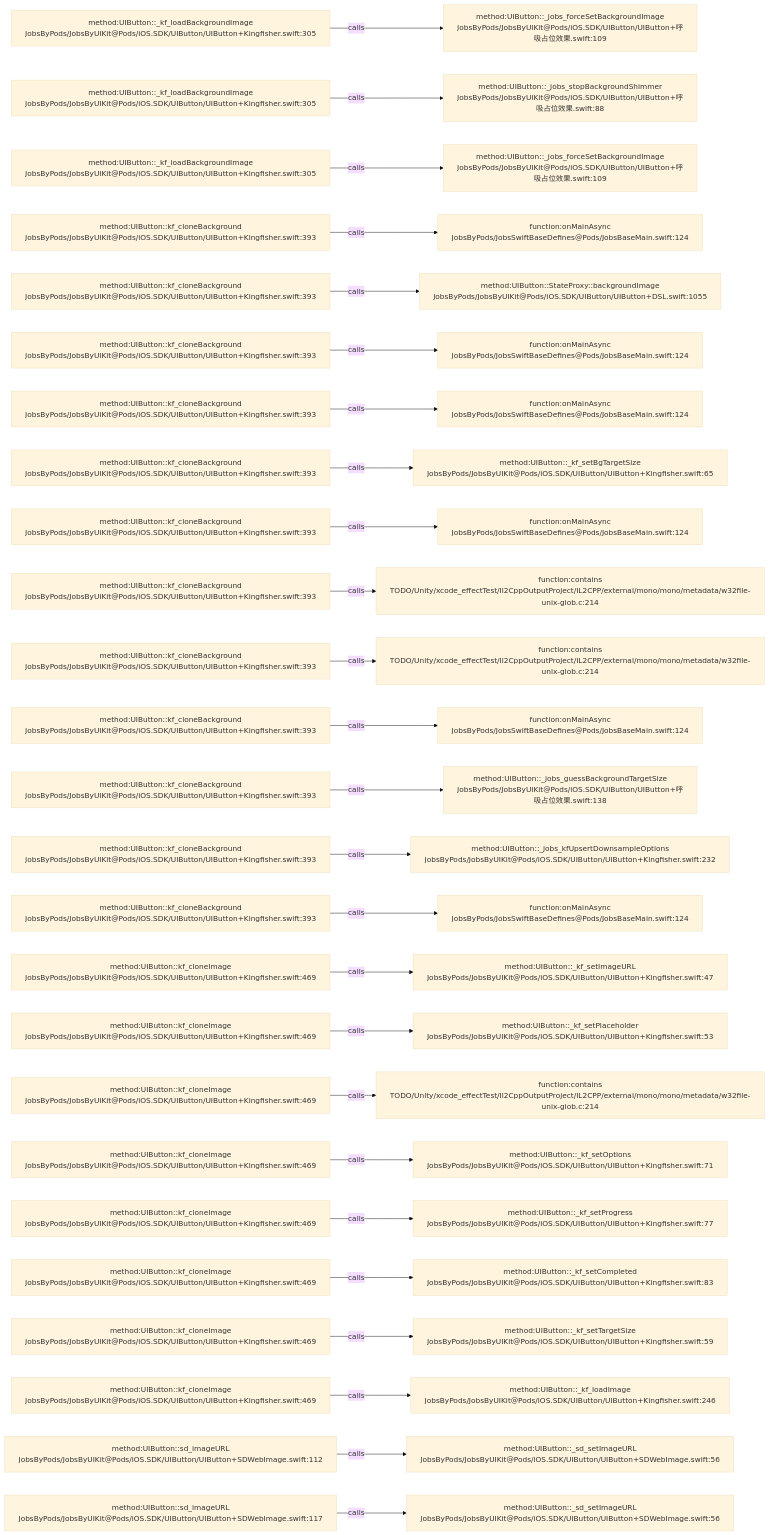
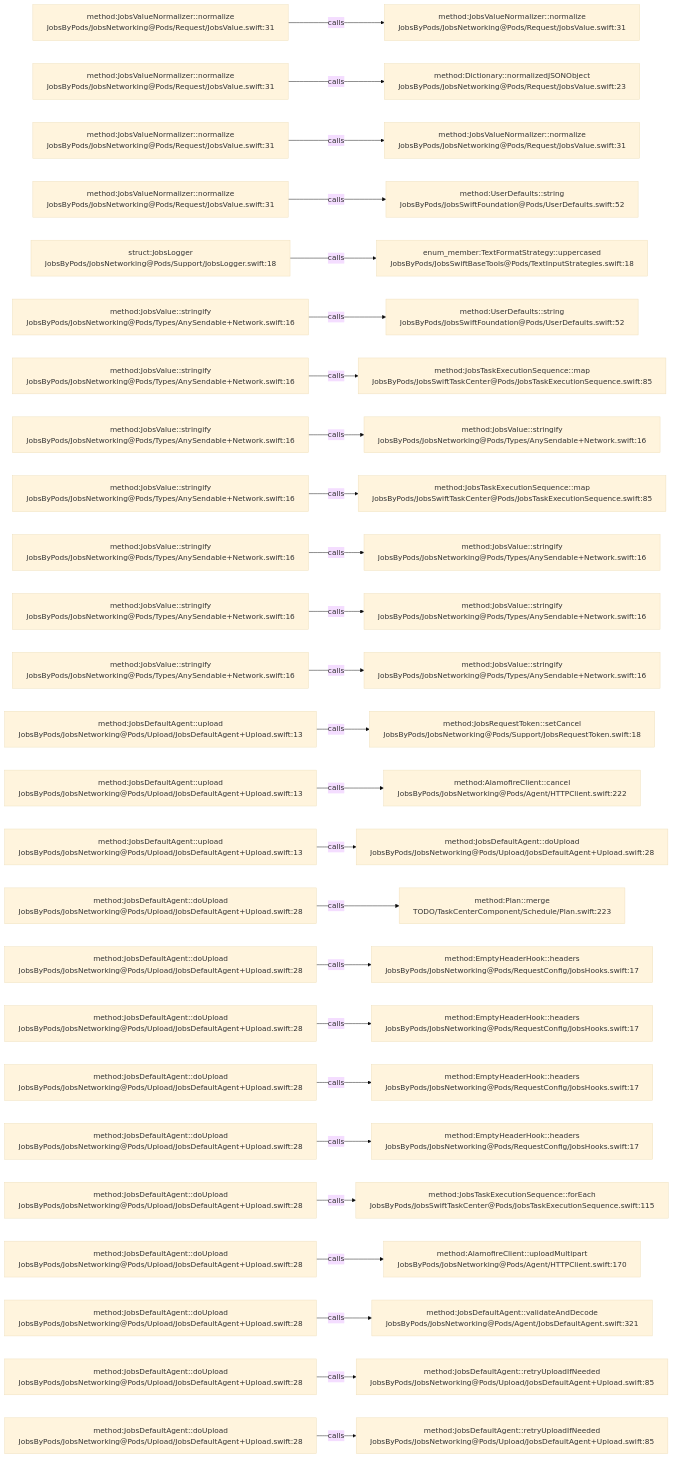
The diagram in .codegraph/codegraph.md/graphs/calls-041.md (JobsKits/JobsSwiftBaseConfigDemo), drawn with Mermaid (base theme) before and after one commit. The commit also changed 569 other files, not shown here.

````diff
--- a/.codegraph/codegraph.md/graphs/calls-041.md
+++ b/.codegraph/codegraph.md/graphs/calls-041.md
@@ -13,78 +13,78 @@
 ```mermaid
 flowchart LR
-  S1["method:UIButton::_kf_loadBackgroundImage<br/>JobsByPods/JobsByUIKit@Pods/iOS.SDK/UIButton/UIButton+Kingfisher.swift:305"]
-  T1["method:UIButton::_jobs_forceSetBackgroundImage<br/>JobsByPods/JobsByUIKit@Pods/iOS.SDK/UIButton/UIButton+呼吸占位效果.swift:109"]
+  S1["method:JobsValueNormalizer::normalize<br/>JobsByPods/JobsNetworking@Pods/Request/JobsValue.swift:31"]
+  T1["method:JobsValueNormalizer::normalize<br/>JobsByPods/JobsNetworking@Pods/Request/JobsValue.swift:31"]
   S1 -->|calls| T1
-  S2["method:UIButton::_kf_loadBackgroundImage<br/>JobsByPods/JobsByUIKit@Pods/iOS.SDK/UIButton/UIButton+Kingfisher.swift:305"]
-  T2["method:UIButton::_jobs_stopBackgroundShimmer<br/>JobsByPods/JobsByUIKit@Pods/iOS.SDK/UIButton/UIButton+呼吸占位效果.swift:88"]
+  S2["method:JobsValueNormalizer::normalize<br/>JobsByPods/JobsNetworking@Pods/Request/JobsValue.swift:31"]
+  T2["method:Dictionary::normalizedJSONObject<br/>JobsByPods/JobsNetworking@Pods/Request/JobsValue.swift:23"]
   S2 -->|calls| T2
-  S3["method:UIButton::_kf_loadBackgroundImage<br/>JobsByPods/JobsByUIKit@Pods/iOS.SDK/UIButton/UIButton+Kingfisher.swift:305"]
-  T3["method:UIButton::_jobs_forceSetBackgroundImage<br/>JobsByPods/JobsByUIKit@Pods/iOS.SDK/UIButton/UIButton+呼吸占位效果.swift:109"]
+  S3["method:JobsValueNormalizer::normalize<br/>JobsByPods/JobsNetworking@Pods/Request/JobsValue.swift:31"]
+  T3["method:JobsValueNormalizer::normalize<br/>JobsByPods/JobsNetworking@Pods/Request/JobsValue.swift:31"]
   S3 -->|calls| T3
-  S4["method:UIButton::kf_cloneBackground<br/>JobsByPods/JobsByUIKit@Pods/iOS.SDK/UIButton/UIButton+Kingfisher.swift:393"]
-  T4["function:onMainAsync<br/>JobsByPods/JobsSwiftBaseDefines@Pods/JobsBaseMain.swift:124"]
+  S4["method:JobsValueNormalizer::normalize<br/>JobsByPods/JobsNetworking@Pods/Request/JobsValue.swift:31"]
+  T4["method:UserDefaults::string<br/>JobsByPods/JobsSwiftFoundation@Pods/UserDefaults.swift:52"]
   S4 -->|calls| T4
-  S5["method:UIButton::kf_cloneBackground<br/>JobsByPods/JobsByUIKit@Pods/iOS.SDK/UIButton/UIButton+Kingfisher.swift:393"]
-  T5["method:UIButton::StateProxy::backgroundImage<br/>JobsByPods/JobsByUIKit@Pods/iOS.SDK/UIButton/UIButton+DSL.swift:1055"]
+  S5["struct:JobsLogger<br/>JobsByPods/JobsNetworking@Pods/Support/JobsLogger.swift:18"]
+  T5["enum_member:TextFormatStrategy::uppercased<br/>JobsByPods/JobsSwiftBaseTools@Pods/TextInputStrategies.swift:18"]
   S5 -->|calls| T5
-  S6["method:UIButton::kf_cloneBackground<br/>JobsByPods/JobsByUIKit@Pods/iOS.SDK/UIButton/UIButton+Kingfisher.swift:393"]
-  T6["function:onMainAsync<br/>JobsByPods/JobsSwiftBaseDefines@Pods/JobsBaseMain.swift:124"]
+  S6["method:JobsValue::stringify<br/>JobsByPods/JobsNetworking@Pods/Types/AnySendable+Network.swift:16"]
+  T6["method:UserDefaults::string<br/>JobsByPods/JobsSwiftFoundation@Pods/UserDefaults.swift:52"]
   S6 -->|calls| T6
-  S7["method:UIButton::kf_cloneBackground<br/>JobsByPods/JobsByUIKit@Pods/iOS.SDK/UIButton/UIButton+Kingfisher.swift:393"]
-  T7["function:onMainAsync<br/>JobsByPods/JobsSwiftBaseDefines@Pods/JobsBaseMain.swift:124"]
+  S7["method:JobsValue::stringify<br/>JobsByPods/JobsNetworking@Pods/Types/AnySendable+Network.swift:16"]
+  T7["method:JobsTaskExecutionSequence::map<br/>JobsByPods/JobsSwiftTaskCenter@Pods/JobsTaskExecutionSequence.swift:85"]
   S7 -->|calls| T7
-  S8["method:UIButton::kf_cloneBackground<br/>JobsByPods/JobsByUIKit@Pods/iOS.SDK/UIButton/UIButton+Kingfisher.swift:393"]
-  T8["method:UIButton::_kf_setBgTargetSize<br/>JobsByPods/JobsByUIKit@Pods/iOS.SDK/UIButton/UIButton+Kingfisher.swift:65"]
+  S8["method:JobsValue::stringify<br/>JobsByPods/JobsNetworking@Pods/Types/AnySendable+Network.swift:16"]
+  T8["method:JobsValue::stringify<br/>JobsByPods/JobsNetworking@Pods/Types/AnySendable+Network.swift:16"]
   S8 -->|calls| T8
-  S9["method:UIButton::kf_cloneBackground<br/>JobsByPods/JobsByUIKit@Pods/iOS.SDK/UIButton/UIButton+Kingfisher.swift:393"]
-  T9["function:onMainAsync<br/>JobsByPods/JobsSwiftBaseDefines@Pods/JobsBaseMain.swift:124"]
+  S9["method:JobsValue::stringify<br/>JobsByPods/JobsNetworking@Pods/Types/AnySendable+Network.swift:16"]
+  T9["method:JobsTaskExecutionSequence::map<br/>JobsByPods/JobsSwiftTaskCenter@Pods/JobsTaskExecutionSequence.swift:85"]
   S9 -->|calls| T9
-  S10["method:UIButton::kf_cloneBackground<br/>JobsByPods/JobsByUIKit@Pods/iOS.SDK/UIButton/UIButton+Kingfisher.swift:393"]
-  T10["function:contains<br/>TODO/Unity/xcode_effectTest/Il2CppOutputProject/IL2CPP/external/mono/mono/metadata/w32file-unix-glob.c:214"]
+  S10["method:JobsValue::stringify<br/>JobsByPods/JobsNetworking@Pods/Types/AnySendable+Network.swift:16"]
+  T10["method:JobsValue::stringify<br/>JobsByPods/JobsNetworking@Pods/Types/AnySendable+Network.swift:16"]
   S10 -->|calls| T10
-  S11["method:UIButton::kf_cloneBackground<br/>JobsByPods/JobsByUIKit@Pods/iOS.SDK/UIButton/UIButton+Kingfisher.swift:393"]
-  T11["function:contains<br/>TODO/Unity/xcode_effectTest/Il2CppOutputProject/IL2CPP/external/mono/mono/metadata/w32file-unix-glob.c:214"]
+  S11["method:JobsValue::stringify<br/>JobsByPods/JobsNetworking@Pods/Types/AnySendable+Network.swift:16"]
+  T11["method:JobsValue::stringify<br/>JobsByPods/JobsNetworking@Pods/Types/AnySendable+Network.swift:16"]
   S11 -->|calls| T11
-  S12["method:UIButton::kf_cloneBackground<br/>JobsByPods/JobsByUIKit@Pods/iOS.SDK/UIButton/UIButton+Kingfisher.swift:393"]
-  T12["function:onMainAsync<br/>JobsByPods/JobsSwiftBaseDefines@Pods/JobsBaseMain.swift:124"]
+  S12["method:JobsValue::stringify<br/>JobsByPods/JobsNetworking@Pods/Types/AnySendable+Network.swift:16"]
+  T12["method:JobsValue::stringify<br/>JobsByPods/JobsNetworking@Pods/Types/AnySendable+Network.swift:16"]
   S12 -->|calls| T12
-  S13["method:UIButton::kf_cloneBackground<br/>JobsByPods/JobsByUIKit@Pods/iOS.SDK/UIButton/UIButton+Kingfisher.swift:393"]
-  T13["method:UIButton::_jobs_guessBackgroundTargetSize<br/>JobsByPods/JobsByUIKit@Pods/iOS.SDK/UIButton/UIButton+呼吸占位效果.swift:138"]
+  S13["method:JobsDefaultAgent::upload<br/>JobsByPods/JobsNetworking@Pods/Upload/JobsDefaultAgent+Upload.swift:13"]
+  T13["method:JobsRequestToken::setCancel<br/>JobsByPods/JobsNetworking@Pods/Support/JobsRequestToken.swift:18"]
   S13 -->|calls| T13
-  S14["method:UIButton::kf_cloneBackground<br/>JobsByPods/JobsByUIKit@Pods/iOS.SDK/UIButton/UIButton+Kingfisher.swift:393"]
-  T14["method:UIButton::_jobs_kfUpsertDownsampleOptions<br/>JobsByPods/JobsByUIKit@Pods/iOS.SDK/UIButton/UIButton+Kingfisher.swift:232"]
+  S14["method:JobsDefaultAgent::upload<br/>JobsByPods/JobsNetworking@Pods/Upload/JobsDefaultAgent+Upload.swift:13"]
+  T14["method:AlamofireClient::cancel<br/>JobsByPods/JobsNetworking@Pods/Agent/HTTPClient.swift:222"]
   S14 -->|calls| T14
-  S15["method:UIButton::kf_cloneBackground<br/>JobsByPods/JobsByUIKit@Pods/iOS.SDK/UIButton/UIButton+Kingfisher.swift:393"]
-  T15["function:onMainAsync<br/>JobsByPods/JobsSwiftBaseDefines@Pods/JobsBaseMain.swift:124"]
+  S15["method:JobsDefaultAgent::upload<br/>JobsByPods/JobsNetworking@Pods/Upload/JobsDefaultAgent+Upload.swift:13"]
+  T15["method:JobsDefaultAgent::doUpload<br/>JobsByPods/JobsNetworking@Pods/Upload/JobsDefaultAgent+Upload.swift:28"]
   S15 -->|calls| T15
-  S16["method:UIButton::kf_cloneImage<br/>JobsByPods/JobsByUIKit@Pods/iOS.SDK/UIButton/UIButton+Kingfisher.swift:469"]
-  T16["method:UIButton::_kf_setImageURL<br/>JobsByPods/JobsByUIKit@Pods/iOS.SDK/UIButton/UIButton+Kingfisher.swift:47"]
+  S16["method:JobsDefaultAgent::doUpload<br/>JobsByPods/JobsNetworking@Pods/Upload/JobsDefaultAgent+Upload.swift:28"]
+  T16["method:Plan::merge<br/>TODO/TaskCenterComponent/Schedule/Plan.swift:223"]
   S16 -->|calls| T16
-  S17["method:UIButton::kf_cloneImage<br/>JobsByPods/JobsByUIKit@Pods/iOS.SDK/UIButton/UIButton+Kingfisher.swift:469"]
-  T17["method:UIButton::_kf_setPlaceholder<br/>JobsByPods/JobsByUIKit@Pods/iOS.SDK/UIButton/UIButton+Kingfisher.swift:53"]
+  S17["method:JobsDefaultAgent::doUpload<br/>JobsByPods/JobsNetworking@Pods/Upload/JobsDefaultAgent+Upload.swift:28"]
+  T17["method:EmptyHeaderHook::headers<br/>JobsByPods/JobsNetworking@Pods/RequestConfig/JobsHooks.swift:17"]
   S17 -->|calls| T17
-  S18["method:UIButton::kf_cloneImage<br/>JobsByPods/JobsByUIKit@Pods/iOS.SDK/UIButton/UIButton+Kingfisher.swift:469"]
-  T18["function:contains<br/>TODO/Unity/xcode_effectTest/Il2CppOutputProject/IL2CPP/external/mono/mono/metadata/w32file-unix-glob.c:214"]
+  S18["method:JobsDefaultAgent::doUpload<br/>JobsByPods/JobsNetworking@Pods/Upload/JobsDefaultAgent+Upload.swift:28"]
+  T18["method:EmptyHeaderHook::headers<br/>JobsByPods/JobsNetworking@Pods/RequestConfig/JobsHooks.swift:17"]
   S18 -->|calls| T18
-  S19["method:UIButton::kf_cloneImage<br/>JobsByPods/JobsByUIKit@Pods/iOS.SDK/UIButton/UIButton+Kingfisher.swift:469"]
-  T19["method:UIButton::_kf_setOptions<br/>JobsByPods/JobsByUIKit@Pods/iOS.SDK/UIButton/UIButton+Kingfisher.swift:71"]
+  S19["method:JobsDefaultAgent::doUpload<br/>JobsByPods/JobsNetworking@Pods/Upload/JobsDefaultAgent+Upload.swift:28"]
+  T19["method:EmptyHeaderHook::headers<br/>JobsByPods/JobsNetworking@Pods/RequestConfig/JobsHooks.swift:17"]
   S19 -->|calls| T19
-  S20["method:UIButton::kf_cloneImage<br/>JobsByPods/JobsByUIKit@Pods/iOS.SDK/UIButton/UIButton+Kingfisher.swift:469"]
-  T20["method:UIButton::_kf_setProgress<br/>JobsByPods/JobsByUIKit@Pods/iOS.SDK/UIButton/UIButton+Kingfisher.swift:77"]
+  S20["method:JobsDefaultAgent::doUpload<br/>JobsByPods/JobsNetworking@Pods/Upload/JobsDefaultAgent+Upload.swift:28"]
+  T20["method:EmptyHeaderHook::headers<br/>JobsByPods/JobsNetworking@Pods/RequestConfig/JobsHooks.swift:17"]
   S20 -->|calls| T20
-  S21["method:UIButton::kf_cloneImage<br/>JobsByPods/JobsByUIKit@Pods/iOS.SDK/UIButton/UIButton+Kingfisher.swift:469"]
-  T21["method:UIButton::_kf_setCompleted<br/>JobsByPods/JobsByUIKit@Pods/iOS.SDK/UIButton/UIButton+Kingfisher.swift:83"]
+  S21["method:JobsDefaultAgent::doUpload<br/>JobsByPods/JobsNetworking@Pods/Upload/JobsDefaultAgent+Upload.swift:28"]
+  T21["method:JobsTaskExecutionSequence::forEach<br/>JobsByPods/JobsSwiftTaskCenter@Pods/JobsTaskExecutionSequence.swift:115"]
   S21 -->|calls| T21
-  S22["method:UIButton::kf_cloneImage<br/>JobsByPods/JobsByUIKit@Pods/iOS.SDK/UIButton/UIButton+Kingfisher.swift:469"]
-  T22["method:UIButton::_kf_setTargetSize<br/>JobsByPods/JobsByUIKit@Pods/iOS.SDK/UIButton/UIButton+Kingfisher.swift:59"]
+  S22["method:JobsDefaultAgent::doUpload<br/>JobsByPods/JobsNetworking@Pods/Upload/JobsDefaultAgent+Upload.swift:28"]
+  T22["method:AlamofireClient::uploadMultipart<br/>JobsByPods/JobsNetworking@Pods/Agent/HTTPClient.swift:170"]
   S22 -->|calls| T22
-  S23["method:UIButton::kf_cloneImage<br/>JobsByPods/JobsByUIKit@Pods/iOS.SDK/UIButton/UIButton+Kingfisher.swift:469"]
-  T23["method:UIButton::_kf_loadImage<br/>JobsByPods/JobsByUIKit@Pods/iOS.SDK/UIButton/UIButton+Kingfisher.swift:246"]
+  S23["method:JobsDefaultAgent::doUpload<br/>JobsByPods/JobsNetworking@Pods/Upload/JobsDefaultAgent+Upload.swift:28"]
+  T23["method:JobsDefaultAgent::validateAndDecode<br/>JobsByPods/JobsNetworking@Pods/Agent/JobsDefaultAgent.swift:321"]
   S23 -->|calls| T23
-  S24["method:UIButton::sd_imageURL<br/>JobsByPods/JobsByUIKit@Pods/iOS.SDK/UIButton/UIButton+SDWebImage.swift:112"]
-  T24["method:UIButton::_sd_setImageURL<br/>JobsByPods/JobsByUIKit@Pods/iOS.SDK/UIButton/UIButton+SDWebImage.swift:56"]
+  S24["method:JobsDefaultAgent::doUpload<br/>JobsByPods/JobsNetworking@Pods/Upload/JobsDefaultAgent+Upload.swift:28"]
+  T24["method:JobsDefaultAgent::retryUploadIfNeeded<br/>JobsByPods/JobsNetworking@Pods/Upload/JobsDefaultAgent+Upload.swift:85"]
   S24 -->|calls| T24
-  S25["method:UIButton::sd_imageURL<br/>JobsByPods/JobsByUIKit@Pods/iOS.SDK/UIButton/UIButton+SDWebImage.swift:117"]
-  T25["method:UIButton::_sd_setImageURL<br/>JobsByPods/JobsByUIKit@Pods/iOS.SDK/UIButton/UIButton+SDWebImage.swift:56"]
+  S25["method:JobsDefaultAgent::doUpload<br/>JobsByPods/JobsNetworking@Pods/Upload/JobsDefaultAgent+Upload.swift:28"]
+  T25["method:JobsDefaultAgent::retryUploadIfNeeded<br/>JobsByPods/JobsNetworking@Pods/Upload/JobsDefaultAgent+Upload.swift:85"]
   S25 -->|calls| T25
 ```
````
